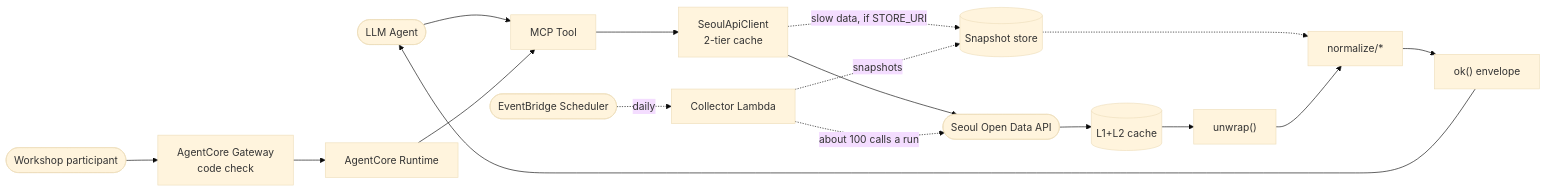
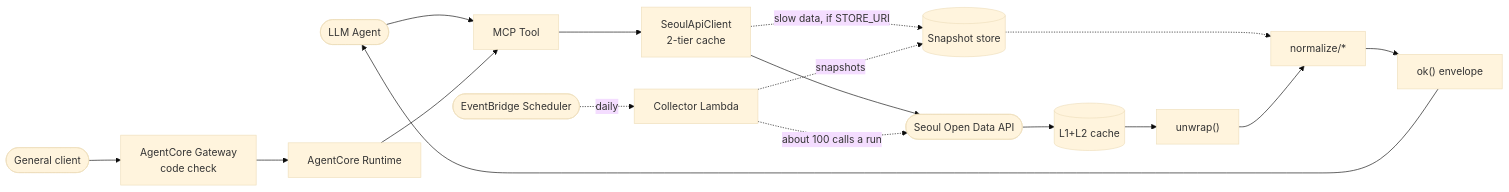
One commit to whchoi98/seoul-opendata-mcp changed the fourth of 4 diagrams in docs/architecture.md. Above: the diagram before and after it, drawn with Mermaid (base theme). The commit also changed other lines of this file and 28 other files, not shown here.

````diff
--- a/docs/architecture.md
+++ b/docs/architecture.md
@@ -283,13 +283,13 @@
 ```mermaid
 flowchart LR
   Agent(["LLM Agent"]) --> Tool["MCP Tool"] --> Client["SeoulApiClient<br/>2-tier cache"] --> API(["Seoul Open Data API"])
   Client -.->|"slow data, if STORE_URI"| Store[("Snapshot store")] -.-> Normalize
   Scheduler(["EventBridge Scheduler"]) -.->|"daily"| Collector["Collector Lambda"] -.->|"snapshots"| Store
   Collector -.->|"about 100 calls a run"| API
   API --> Cache[("L1+L2 cache")]
   Cache --> Unwrap["unwrap()"]
   Unwrap --> Normalize["normalize/*"]
   Normalize --> Envelope["ok() envelope"]
   Envelope --> Agent
-  Participant(["Workshop participant"]) --> Gateway["AgentCore Gateway<br/>code check"] --> Runtime["AgentCore Runtime"] --> Tool
+  Participant(["General client"]) --> Gateway["AgentCore Gateway<br/>code check"] --> Runtime["AgentCore Runtime"] --> Tool
 ```
````
